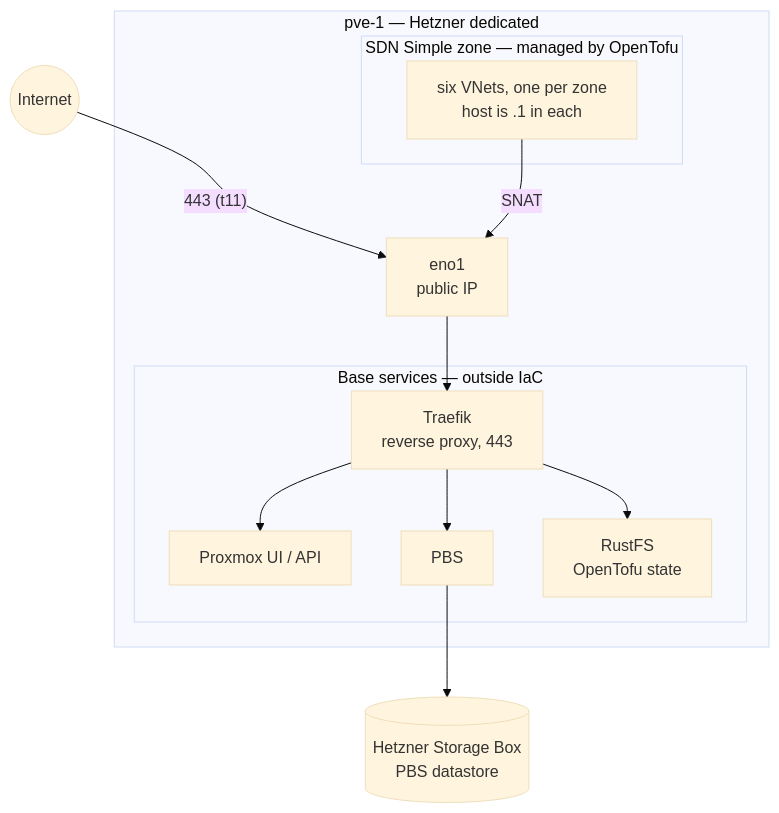
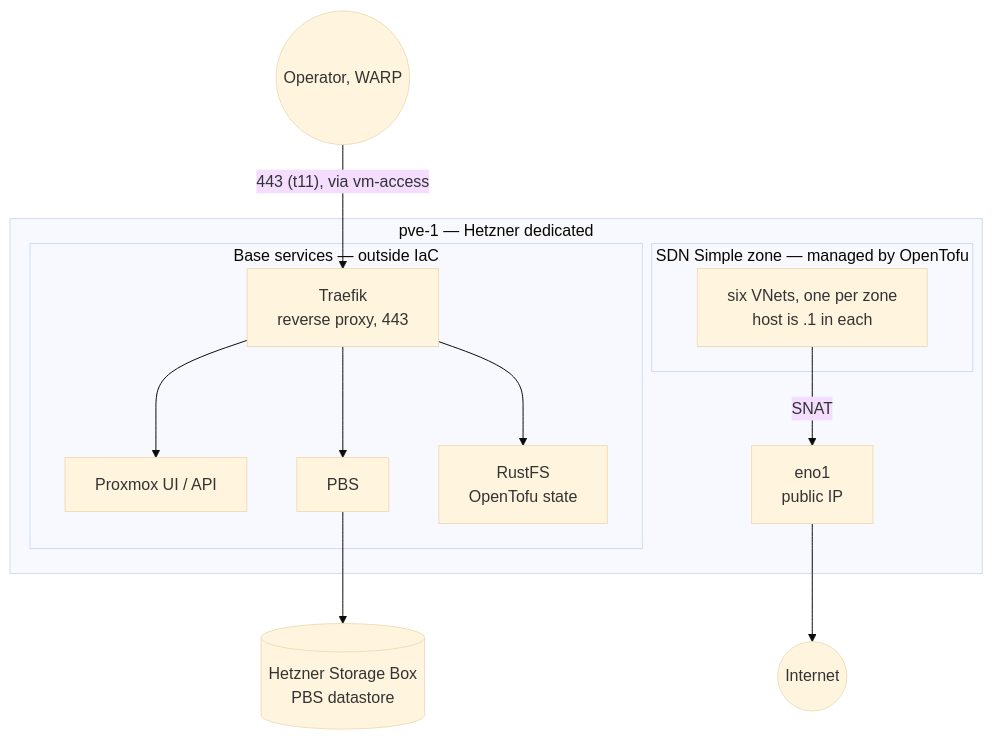
One commit to 0xc0-homelab/infrastructure changed the first of 6 diagrams in docs/architecture.md. Above: the diagram before and after it, drawn with Mermaid (base theme). The commit also changed other lines of this file and 3 other files, not shown here.

````diff
--- a/docs/architecture.md
+++ b/docs/architecture.md
@@ -17,28 +17,28 @@
 ```mermaid
 flowchart TB
   internet(("Internet"))
 
   subgraph host["pve-1 — Hetzner dedicated"]
     eno1["eno1<br/>public IP"]
 
     subgraph base["Base services — outside IaC"]
       traefik["Traefik<br/>reverse proxy, 443"]
       pveui["Proxmox UI / API"]
       pbs["PBS"]
       rustfs["RustFS<br/>OpenTofu state"]
     end
 
     subgraph sdn["SDN Simple zone — managed by OpenTofu"]
       zones["six VNets, one per zone<br/>host is .1 in each"]
     end
   end
 
   sbox[("Hetzner Storage Box<br/>PBS datastore")]
 
-  internet -- "443 (t11)" --> eno1 --> traefik
+  operator(("Operator, WARP")) -- "443 (t11), via vm-access" --> traefik
   traefik --> pveui
   traefik --> pbs
   traefik --> rustfs
   pbs --> sbox
-  zones -- "SNAT" --> eno1
+  zones -- "SNAT" --> eno1 --> internet
 ```
````
